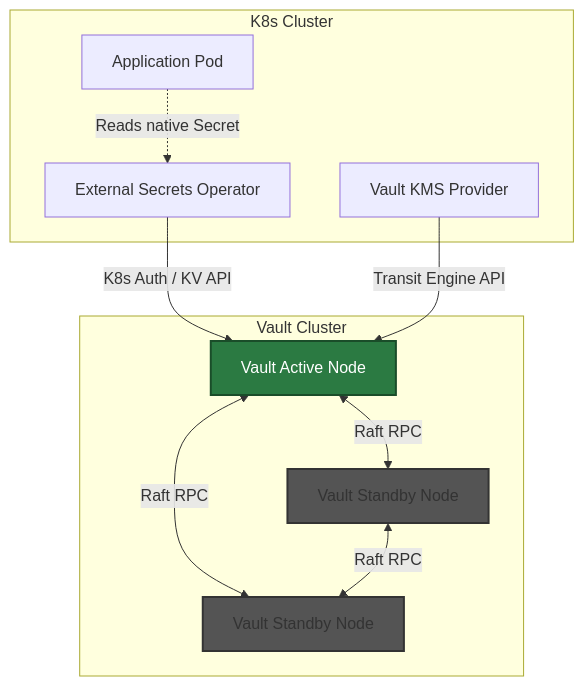
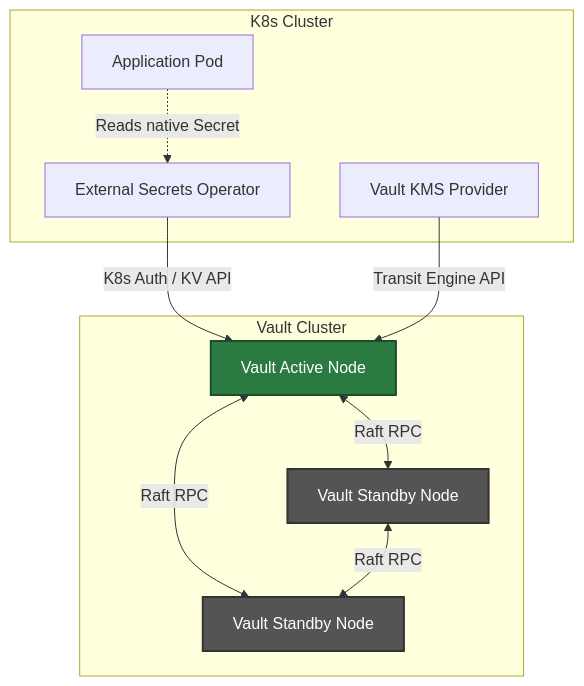
One commit to kube-dojo/kube-dojo.github.io changed the first of 2 diagrams in src/content/docs/on-premises/security/module-6.6-secrets-management-vault.md. Above: the diagram before and after it, drawn with Mermaid. The commit also changed 2 other files, not shown here.

Commit message:
docs: complete node and Vault foreground coverage (#3442)

````diff
--- a/src/content/docs/on-premises/security/module-6.6-secrets-management-vault.md
+++ b/src/content/docs/on-premises/security/module-6.6-secrets-management-vault.md
@@ -45,27 +45,27 @@
 ```mermaid
 graph TD
     subgraph K8s Cluster
         PodA[Application Pod]
         ESO[External Secrets Operator]
         KMS[Vault KMS Provider]
     end
 
     subgraph Vault Cluster 
         V1[Vault Active Node]
         V2[Vault Standby Node]
         V3[Vault Standby Node]
         
         V1 <-->|Raft RPC| V2
         V1 <-->|Raft RPC| V3
         V2 <-->|Raft RPC| V3
     end
 
     PodA -.->|Reads native Secret| ESO
     ESO -->|K8s Auth / KV API| V1
     KMS -->|Transit Engine API| V1
     
     classDef active fill:#2b7a42,color:#fff,stroke:#1a4d29,stroke-width:2px;
-    classDef standby fill:#545454,stroke:#333,stroke-width:2px;
+    classDef standby fill:#545454,color:#fff,stroke:#333,stroke-width:2px;
     class V1 active;
     class V2,V3 standby;
 ```
````
